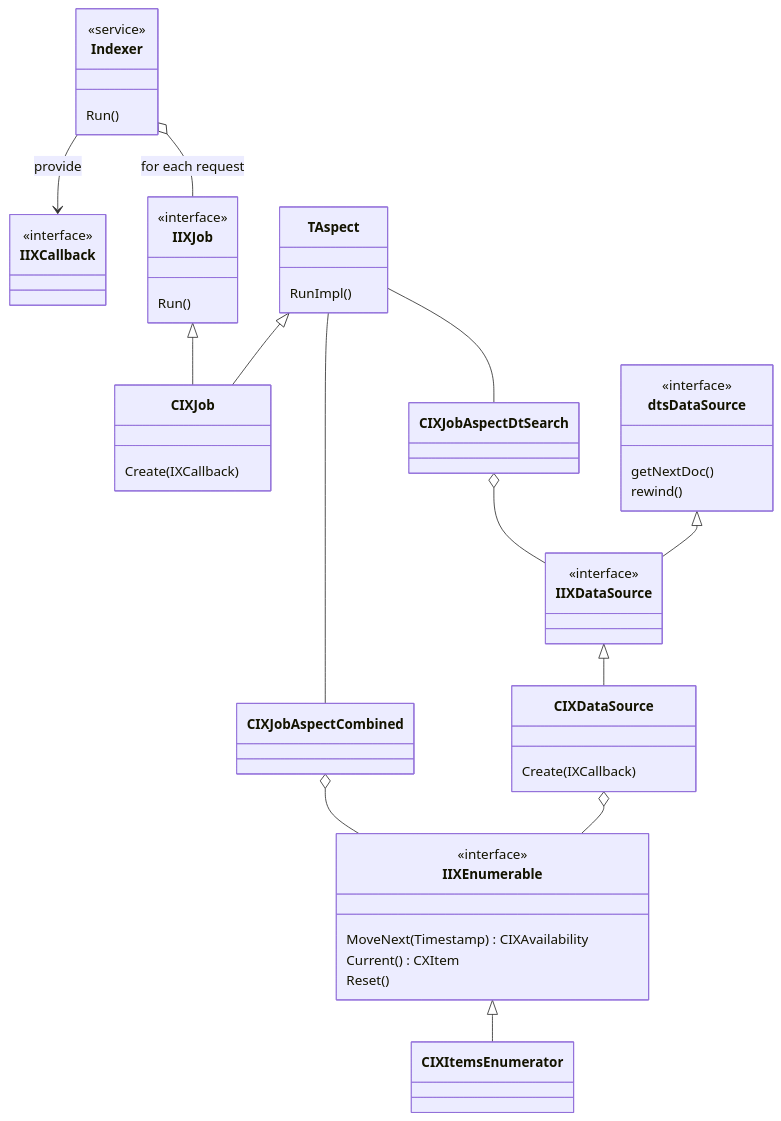
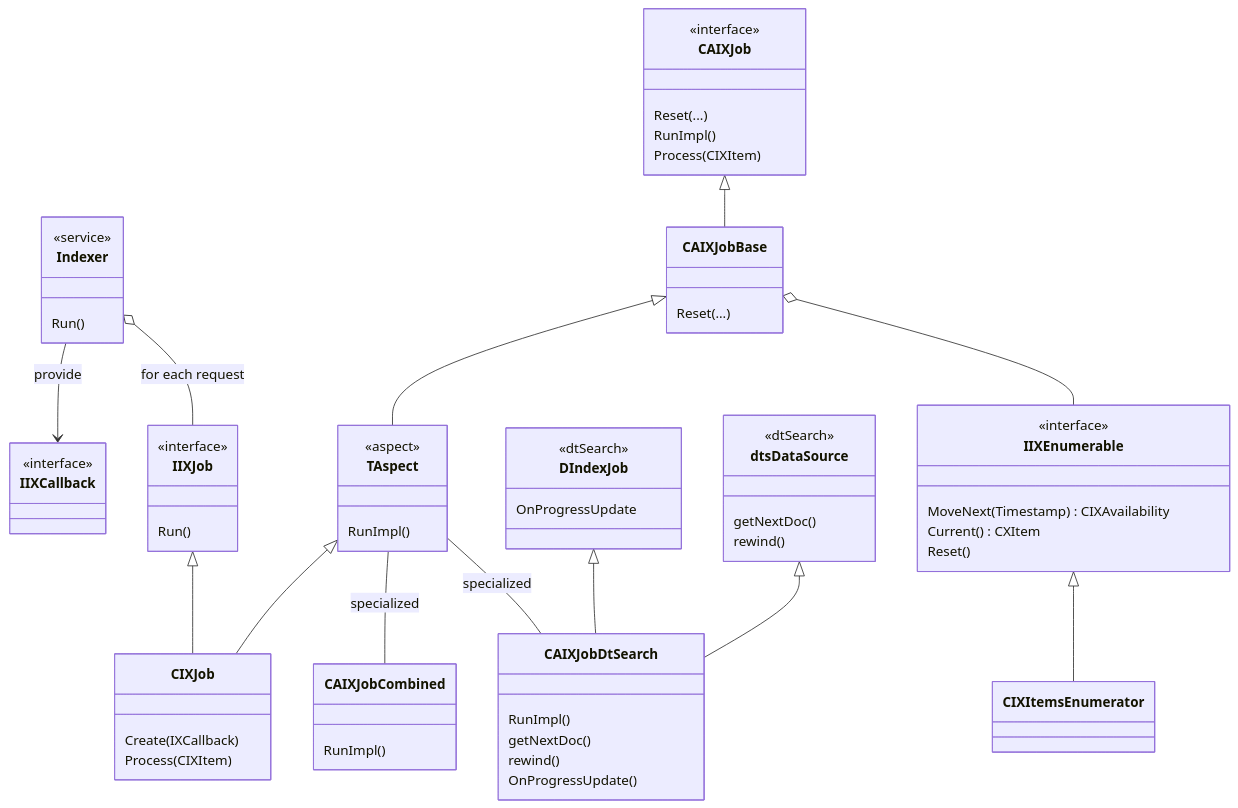
Before and after one commit to lightcaurby/Code-IXSample: the second of 3 diagrams in README.md, drawn with Mermaid. The commit also changed other lines of this file and 1 other file, not shown here.

Commit message:
Refactorings.

````diff
--- a/README.md
+++ b/README.md
@@ -58,49 +58,62 @@
 ```mermaid
 classDiagram
 
 class IIXCallback
 <<interface>> IIXCallback
 
 
 class TAspect
+<<aspect>> TAspect
 
 class IIXJob
 <<interface>> IIXJob
 IIXJob : Run()
 IIXJob <|-- CIXJob
 CIXJob : Create( IXCallback )
+CIXJob : Process( CIXItem)
 TAspect <|-- CIXJob
 TAspect : RunImpl()
-TAspect -- CIXJobAspectCombined
-TAspect -- CIXJobAspectDtSearch
+TAspect -- CAIXJobCombined : specialized
+CAIXJobCombined : RunImpl()
+TAspect -- CAIXJobDtSearch : specialized
+CAIXJobDtSearch : RunImpl()
+CAIXJobDtSearch : getNextDoc()
+CAIXJobDtSearch : rewind()
+CAIXJobDtSearch : OnProgressUpdate()
+CAIXJobBase <|-- TAspect
+CAIXJobBase : Reset( ...)
+class CAIXJob
+<<interface>> CAIXJob
+CAIXJob : Reset(...)
+CAIXJob : RunImpl()
+CAIXJob : Process(CIXItem)
+CAIXJob <|-- CAIXJobBase
+
 
 class IIXEnumerable
 <<interface>> IIXEnumerable
 IIXEnumerable : MoveNext( Timestamp ) CIXAvailability
 IIXEnumerable : Current() CXItem
 IIXEnumerable : Reset()
 IIXEnumerable <|-- CIXItemsEnumerator
-CIXJobAspectCombined o-- IIXEnumerable
+CAIXJobBase o-- IIXEnumerable
 
-class IIXDataSource
-<<interface>> IIXDataSource
-IIXDataSource <|-- CIXDataSource
-CIXDataSource : Create( IXCallback )
-CIXJobAspectDtSearch o-- IIXDataSource
-CIXDataSource o-- IIXEnumerable
-
+class DIndexJob
+<<dtSearch>> DIndexJob
+DIndexJob <|-- CAIXJobDtSearch
+DIndexJob : OnProgressUpdate
 class dtsDataSource
-<<interface>> dtsDataSource
+<<dtSearch>> dtsDataSource
 dtsDataSource : getNextDoc()
 dtsDataSource : rewind()
-dtsDataSource <|-- IIXDataSource
+dtsDataSource <|-- CAIXJobDtSearch
 
 class Indexer
 <<service>> Indexer
 
 Indexer : Run()
 Indexer --> IIXCallback : provide
 Indexer o-- IIXJob : for each request
 
 
 ```
````
